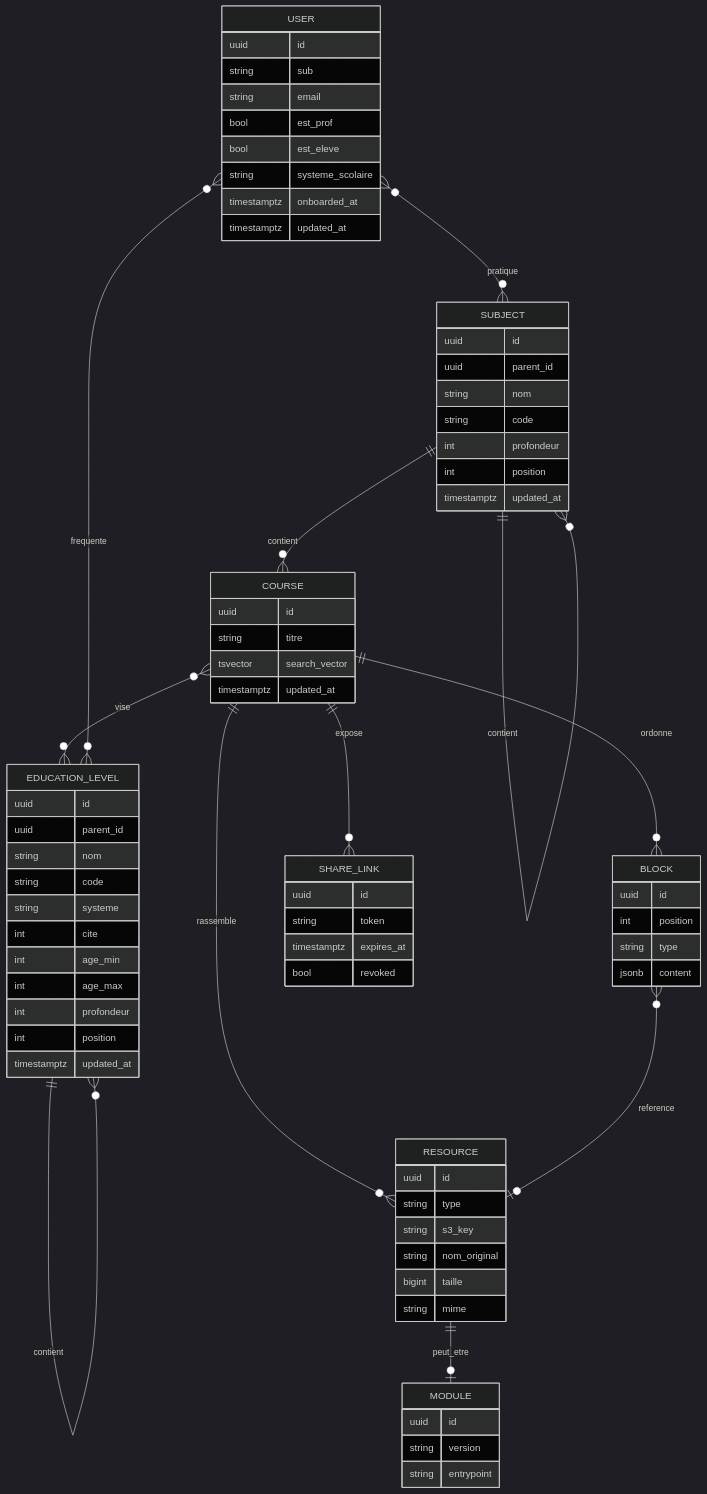
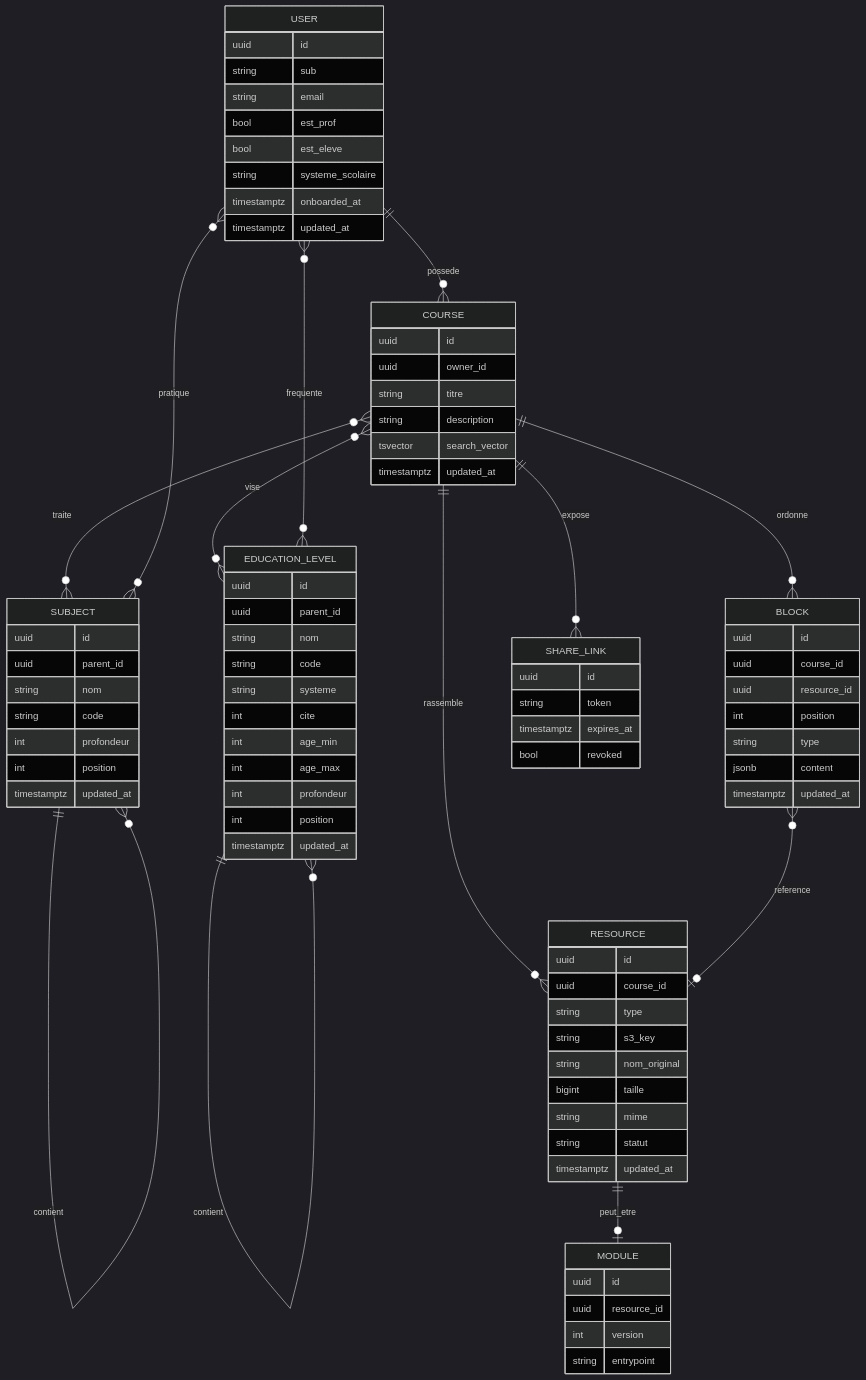
The second of 2 diagrams in Descriptions.md (flobatard/OpenCartableBack), drawn with Mermaid (dark theme) before and after one commit. The commit also changed other lines of this file and 7 other files, not shown here.

````diff
--- a/Descriptions.md
+++ b/Descriptions.md
@@ -160,9 +162,10 @@
 ```mermaid
 erDiagram
     SUBJECT ||--o{ SUBJECT : contient
-    SUBJECT ||--o{ COURSE : contient
+    COURSE  }o--o{ SUBJECT : traite
     EDUCATION_LEVEL ||--o{ EDUCATION_LEVEL : contient
     COURSE  }o--o{ EDUCATION_LEVEL : vise
+    USER    ||--o{ COURSE : possede
     USER    }o--o{ SUBJECT : pratique
     USER    }o--o{ EDUCATION_LEVEL : frequente
     COURSE  ||--o{ BLOCK : ordonne
@@ -205,27 +208,36 @@
     }
     COURSE {
       uuid id
+      uuid owner_id
       string titre
+      string description
       tsvector search_vector
       timestamptz updated_at
     }
     BLOCK {
       uuid id
+      uuid course_id
+      uuid resource_id
       int position
       string type
       jsonb content
+      timestamptz updated_at
     }
     RESOURCE {
       uuid id
+      uuid course_id
       string type
       string s3_key
       string nom_original
       bigint taille
       string mime
+      string statut
+      timestamptz updated_at
     }
     MODULE {
       uuid id
-      string version
+      uuid resource_id
+      int version
       string entrypoint
     }
     SHARE_LINK {
````
